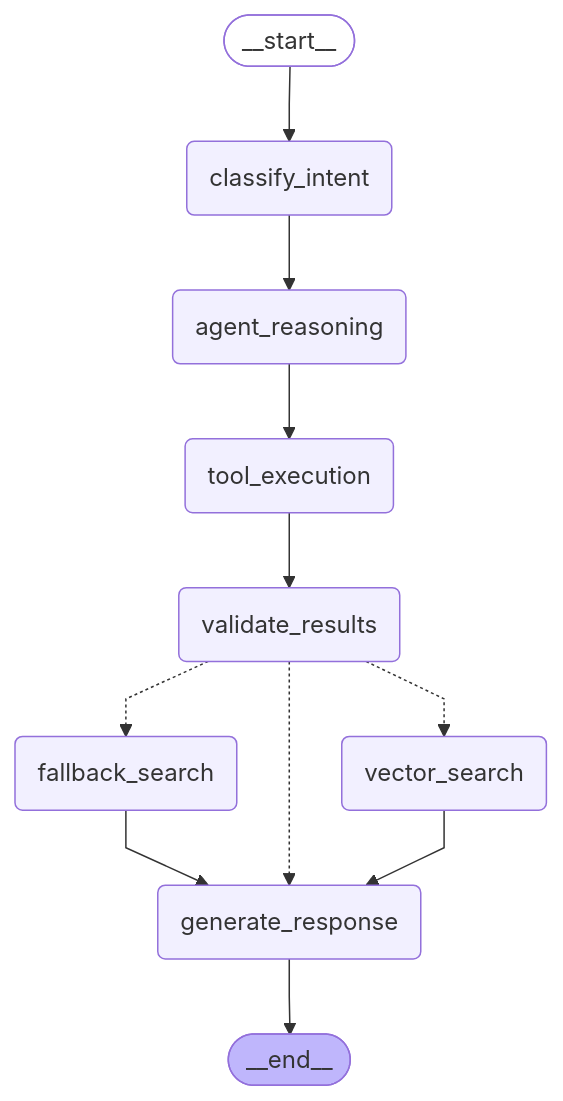
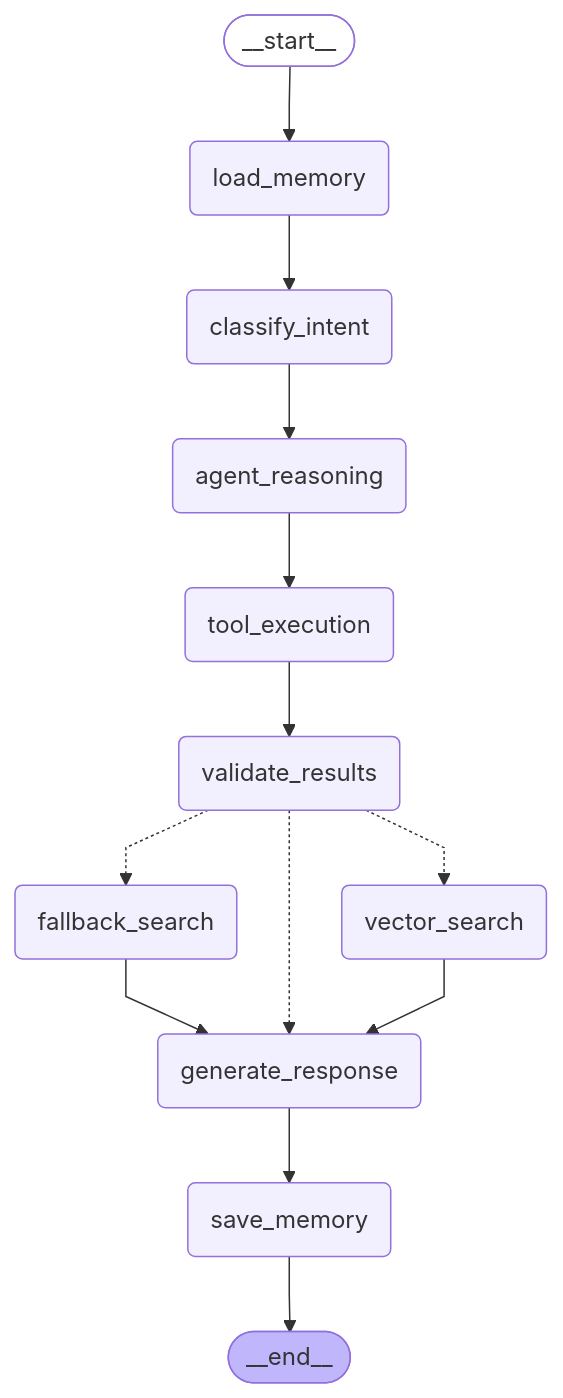
Before and after one commit to Alex-Du-1020/Kangni-agents: the diagram in docs/workflow_graph.mermaid, drawn with Mermaid. The commit also changed 40 other files, not shown here.

```diff
--- a/docs/workflow_graph.mermaid
+++ b/docs/workflow_graph.mermaid
@@ -1,28 +1,32 @@
 ---
 config:
   flowchart:
     curve: linear
 ---
 graph TD;
 	__start__([<p>__start__</p>]):::first
+	load_memory(load_memory)
 	classify_intent(classify_intent)
 	agent_reasoning(agent_reasoning)
 	tool_execution(tool_execution)
 	validate_results(validate_results)
 	vector_search(vector_search)
 	fallback_search(fallback_search)
 	generate_response(generate_response)
+	save_memory(save_memory)
 	__end__([<p>__end__</p>]):::last
-	__start__ --> classify_intent;
+	__start__ --> load_memory;
 	agent_reasoning --> tool_execution;
 	classify_intent --> agent_reasoning;
 	fallback_search --> generate_response;
+	generate_response --> save_memory;
+	load_memory --> classify_intent;
 	tool_execution --> validate_results;
 	validate_results -.-> fallback_search;
 	validate_results -.-> generate_response;
 	validate_results -.-> vector_search;
 	vector_search --> generate_response;
-	generate_response --> __end__;
+	save_memory --> __end__;
 	classDef default fill:#f2f0ff,line-height:1.2
 	classDef first fill-opacity:0
 	classDef last fill:#bfb6fc
```
